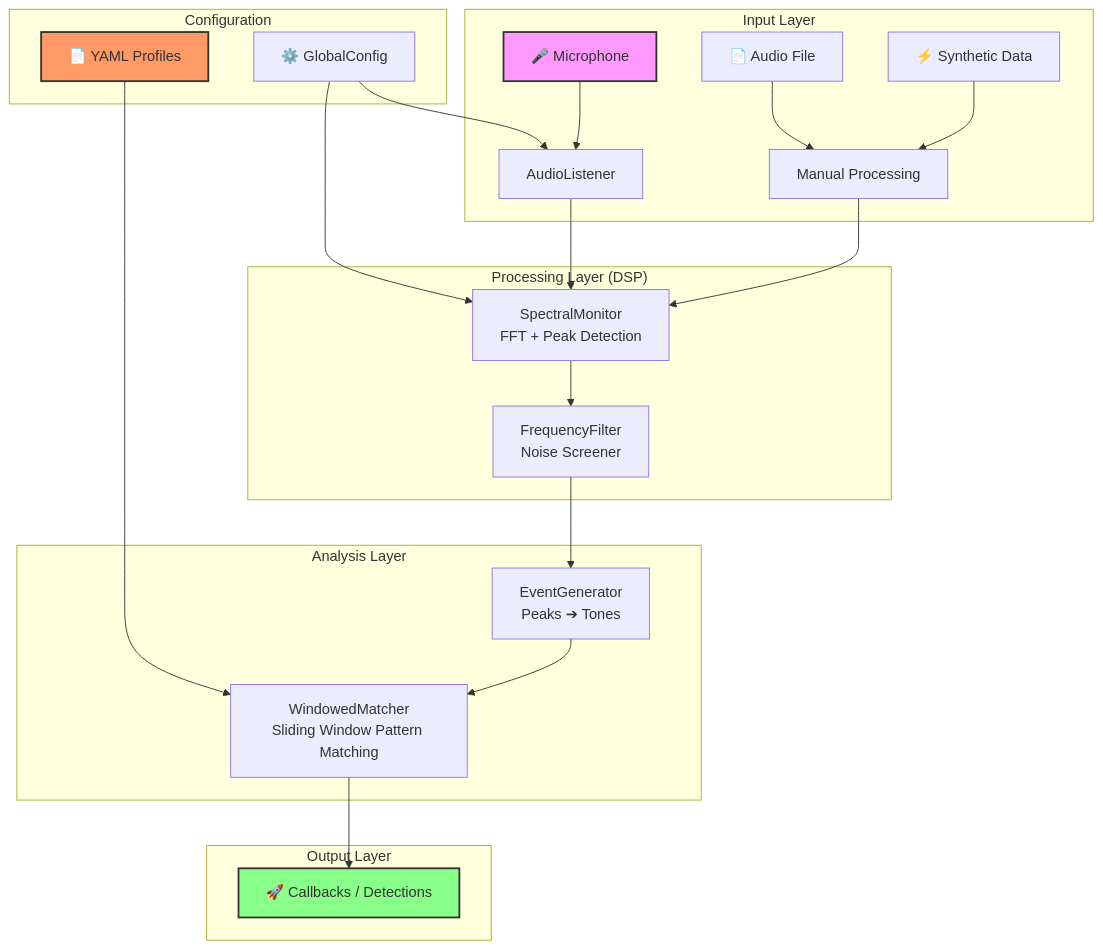
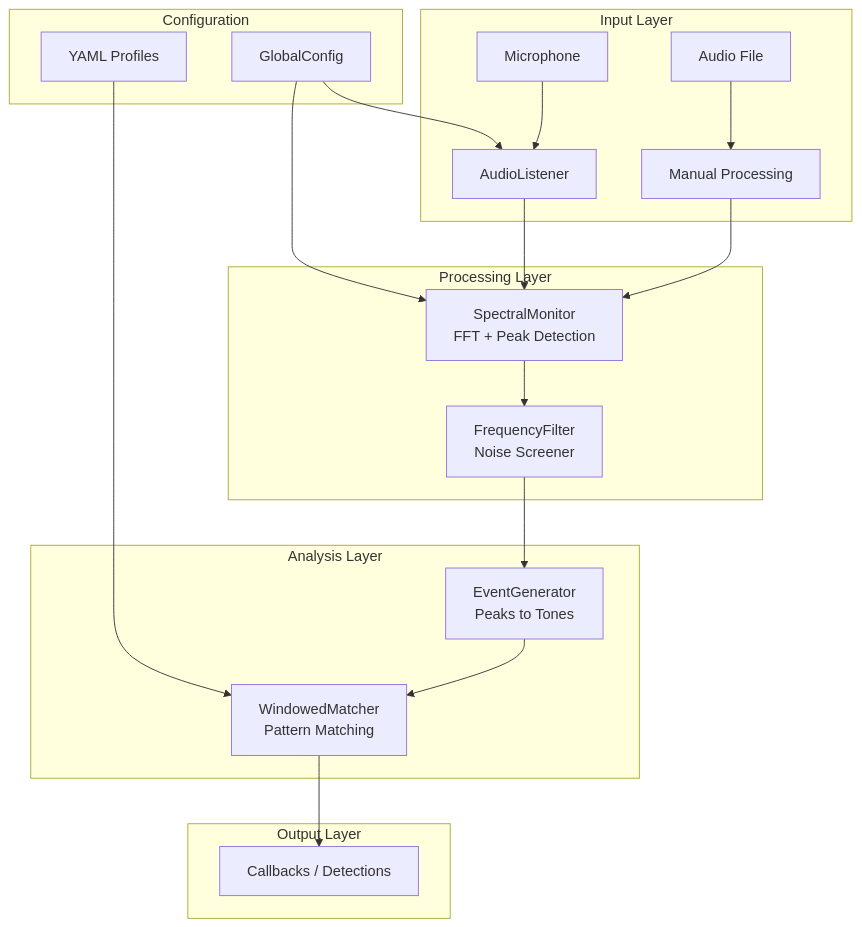
Before and after one commit to h0tp-ftw/acoustic-engine: the diagram in README.md, drawn with Mermaid. The commit also changed other lines of this file and 7 other files, not shown here.

First line of the commit message:
docs: rewrite README, ARCHITECTURE, and DEPLOYMENT

````diff
--- a/README.md
+++ b/README.md
@@ -415,33 +216,28 @@
 ```mermaid
 graph TD
     subgraph "Input Layer"
-        MIC[🎤 Microphone] --> AL[AudioListener]
-        FILE[📄 Audio File] --> PR[Manual Processing]
-        SYN[⚡ Synthetic Data] --> PR
+        MIC[Microphone] --> AL[AudioListener]
+        FILE[Audio File] --> PR[Manual Processing]
     end
 
-    subgraph "Processing Layer (DSP)"
+    subgraph "Processing Layer"
         AL --> SM[SpectralMonitor<br/>FFT + Peak Detection]
         PR --> SM
         SM --> FF[FrequencyFilter<br/>Noise Screener]
     end
 
     subgraph "Analysis Layer"
-        FF --> EG[EventGenerator<br/>Peaks ➔ Tones]
-        EG --> WM[WindowedMatcher<br/>Sliding Window Pattern Matching]
+        FF --> EG[EventGenerator<br/>Peaks to Tones]
+        EG --> WM[WindowedMatcher<br/>Pattern Matching]
     end
 
     subgraph "Output Layer"
-        WM --> CB[🚀 Callbacks / Detections]
+        WM --> CB[Callbacks / Detections]
     end
 
     subgraph "Configuration"
-        YP[📄 YAML Profiles] --> WM
-        CONFIG[⚙️ GlobalConfig] --> AL
+        YP[YAML Profiles] --> WM
+        CONFIG[GlobalConfig] --> AL
         CONFIG --> SM
     end
-
-    style MIC fill:#f9f,stroke:#333,stroke-width:2px
-    style CB fill:#8f8,stroke:#333,stroke-width:2px
-    style YP fill:#f96,stroke:#333,stroke-width:2px
 ```
````
